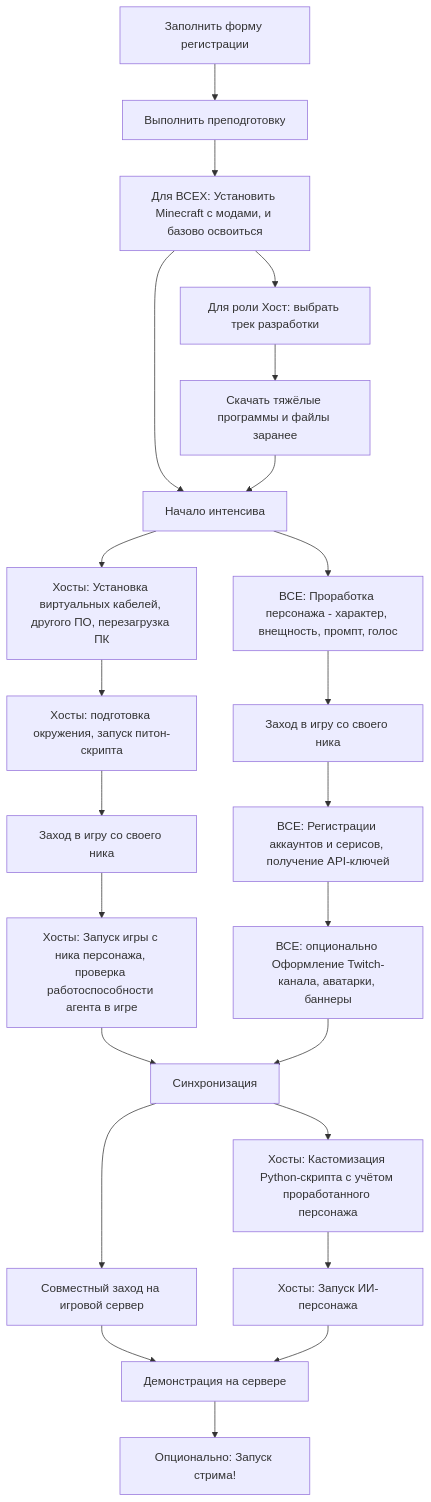
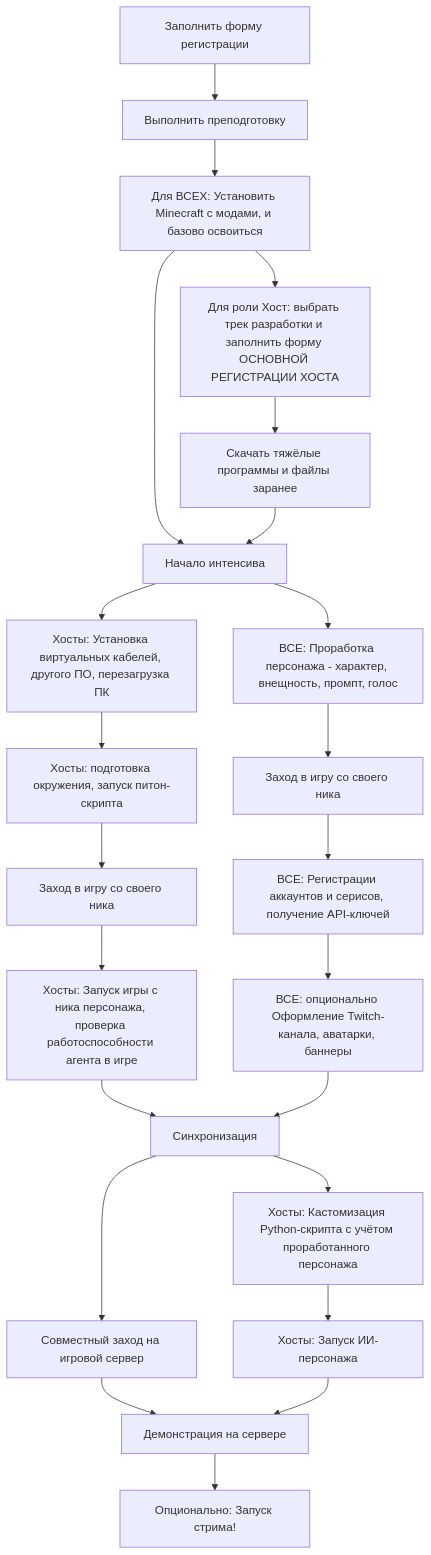
Before and after one commit to 3ndetz/PersonaLab: the diagram in INTENSIVE_PLAN.md, drawn with Mermaid. The commit also changed other lines of this file, not shown here.

````diff
--- a/INTENSIVE_PLAN.md
+++ b/INTENSIVE_PLAN.md
@@ -89,37 +89,37 @@
 ```mermaid
 flowchart TD
     A0[Заполнить форму регистрации] --> A1[Выполнить преподготовку]
 
     A1 --> A2
     A2[Для ВСЕХ: Установить Minecraft с модами, и базово освоиться] --> A4
     A2 --> A
-    A4[Для роли Хост: выбрать трек разработки] --> A5[Скачать тяжёлые программы и файлы заранее] --> A
+    A4[Для роли Хост: выбрать трек разработки и заполнить форму ОСНОВНОЙ РЕГИСТРАЦИИ ХОСТА] --> A5[Скачать тяжёлые программы и файлы заранее] --> A
 
     A[Начало интенсива]
     B1[Хосты: Установка виртуальных кабелей, другого ПО, перезагрузка ПК]
     node_1["Опционально: Запуск стрима!"]
     node_2["Хосты: подготовка окружения, запуск питон-скрипта"]
     node_3["Заход в игру со своего ника"]
     node_4["Заход в игру со своего ника"]
     A --> B1
     A --> B2
     B2[ВСЕ: Проработка персонажа - характер, внещность, промпт, голос]
     B3[ВСЕ: Регистрации аккаунтов и серисов, получение API-ключей]
     B3 --> B4["ВСЕ: опционально Оформление Twitch-канала, аватарки, баннеры"]
     C1["Хосты: Запуск игры с ника персонажа, проверка работоспособности агента в игре"]
     node_5["Хосты: Кастомизация Python-скрипта с учётом проработанного персонажа"]
     node_6["Хосты: Запуск ИИ-персонажа"]
     C1 --> D1["Синхронизация"]
     B4 --> D1
     D1 --> E["Совместный заход на игровой сервер"]
     E --> F[Демонстрация на сервере]
     F --> node_1
     B1 --> node_2
     B2 --> node_3
     node_2 --> node_4
     node_4 --> C1
     node_3 --> B3
     D1 --> node_5
     node_5 --> node_6
     node_6 --> F
 ```
````
